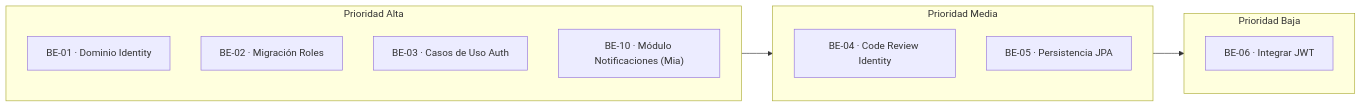
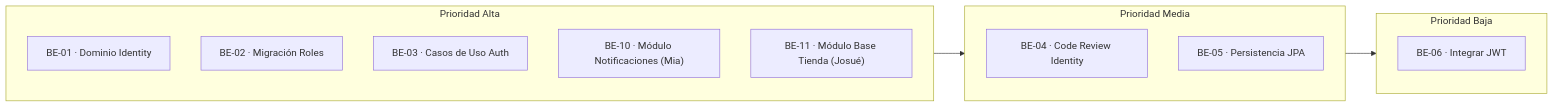
The first of 2 diagrams in docs/06-scrum/sprint-02.md (iJosueeh/jaldishop), drawn with Mermaid before and after one commit. The commit also changed other lines of this file and 20 other files, not shown here.

````diff
--- a/docs/06-scrum/sprint-02.md
+++ b/docs/06-scrum/sprint-02.md
@@ -28,20 +28,21 @@
 ```mermaid
 flowchart LR
     subgraph ALTA["Prioridad Alta"]
         T1["BE-01 · Dominio Identity"]
         T2["BE-02 · Migración Roles"]
         T3["BE-03 · Casos de Uso Auth"]
         T7["BE-10 · Módulo Notificaciones (Mia)"]
+        T8["BE-11 · Módulo Base Tienda (Josué)"]
     end
 
     subgraph MEDIA["Prioridad Media"]
         T4["BE-04 · Code Review Identity"]
         T5["BE-05 · Persistencia JPA"]
     end
 
     subgraph BAJA["Prioridad Baja"]
         T6["BE-06 · Integrar JWT"]
     end
 
     ALTA --> MEDIA --> BAJA
 ```
````
